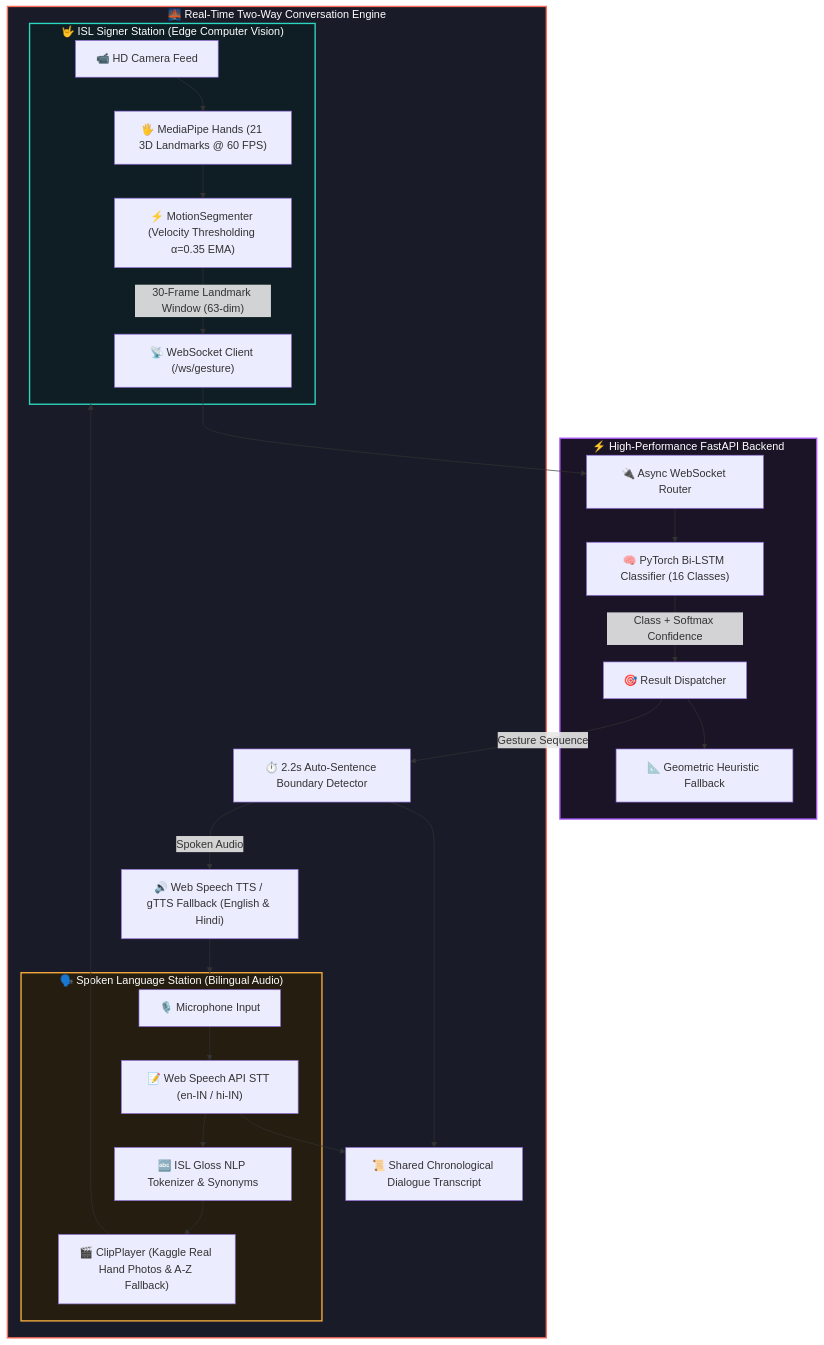
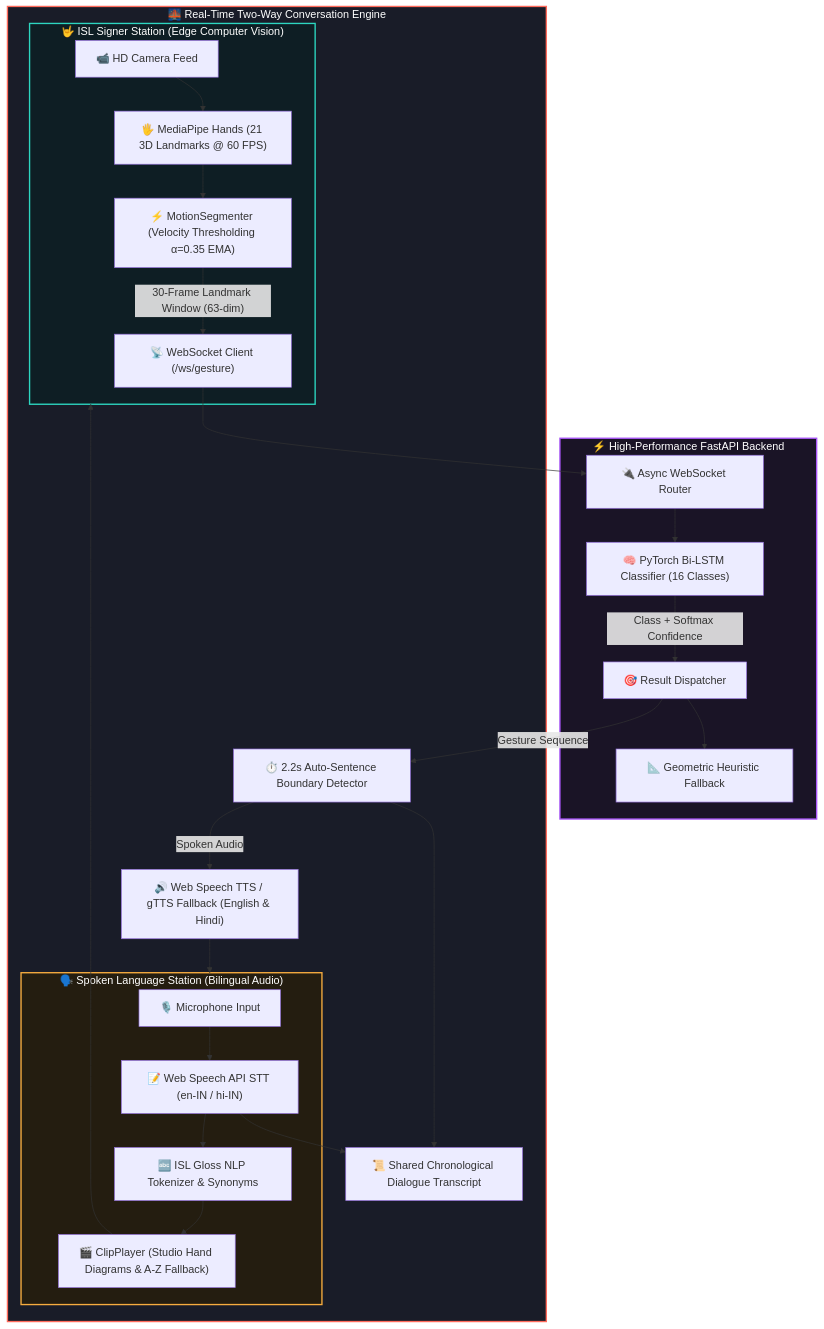
Before and after one commit to rohanpawar0006/SignBridge-AI: the diagram in README.md, drawn with Mermaid. The commit also changed other lines of this file, not shown here.

Commit message:
docs(readme): fix all markdown navigation anchors, dataset hyperlinks, and add comprehensive architecture component tree

````diff
--- a/README.md
+++ b/README.md
@@ -52,39 +53,39 @@
 ```mermaid
 flowchart TB
   %% Signer Subgraph
   subgraph SignerStation["🤟 ISL Signer Station (Edge Computer Vision)"]
     Webcam["📹 HD Camera Feed"] --> MP["🖐️ MediaPipe Hands (21 3D Landmarks @ 60 FPS)"]
     MP --> MotionSeg["⚡ MotionSegmenter (Velocity Thresholding α=0.35 EMA)"]
     MotionSeg -- "30-Frame Landmark Window (63-dim)" --> WSOut["📡 WebSocket Client (/ws/gesture)"]
   end
 
   %% Server Subgraph
   subgraph CloudServer["⚡ High-Performance FastAPI Backend"]
     WSOut --> WSRouter["🔌 Async WebSocket Router"]
     WSRouter --> BiLSTM["🧠 PyTorch Bi-LSTM Classifier (16 Classes)"]
     BiLSTM -- "Class + Softmax Confidence" --> ResDispatcher["🎯 Result Dispatcher"]
     ResDispatcher --> Heuristic["📐 Geometric Heuristic Fallback"]
   end
 
   %% Speaker Subgraph
   subgraph SpeakerStation["🗣️ Spoken Language Station (Bilingual Audio)"]
     Mic["🎙️ Microphone Input"] --> STT["📝 Web Speech API STT (en-IN / hi-IN)"]
     STT --> Tokenizer["🔤 ISL Gloss NLP Tokenizer & Synonyms"]
-    Tokenizer --> ClipPlayer["🎬 ClipPlayer (Kaggle Real Hand Photos & A-Z Fallback)"]
+    Tokenizer --> ClipPlayer["🎬 ClipPlayer (Studio Hand Diagrams & A-Z Fallback)"]
   end
 
   %% Bridge Subgraph
   subgraph ConversationEngine["🌉 Real-Time Two-Way Conversation Engine"]
     ResDispatcher -- "Gesture Sequence" --> AutoBoundary["⏱️ 2.2s Auto-Sentence Boundary Detector"]
     AutoBoundary -- "Spoken Audio" --> TTS["🔊 Web Speech TTS / gTTS Fallback (English & Hindi)"]
     TTS --> SpeakerStation
     ClipPlayer --> SignerStation
     AutoBoundary --> SharedTranscript["📜 Shared Chronological Dialogue Transcript"]
     STT --> SharedTranscript
   end
 
   style SignerStation fill:#0e1e24,stroke:#2dd6c0,stroke-width:2px,color:#fff
   style CloudServer fill:#1a1426,stroke:#a855f7,stroke-width:2px,color:#fff
   style SpeakerStation fill:#241d10,stroke:#f6ac3f,stroke-width:2px,color:#fff
   style ConversationEngine fill:#191c28,stroke:#ff6a5b,stroke-width:2px,color:#fff
 ```
````
